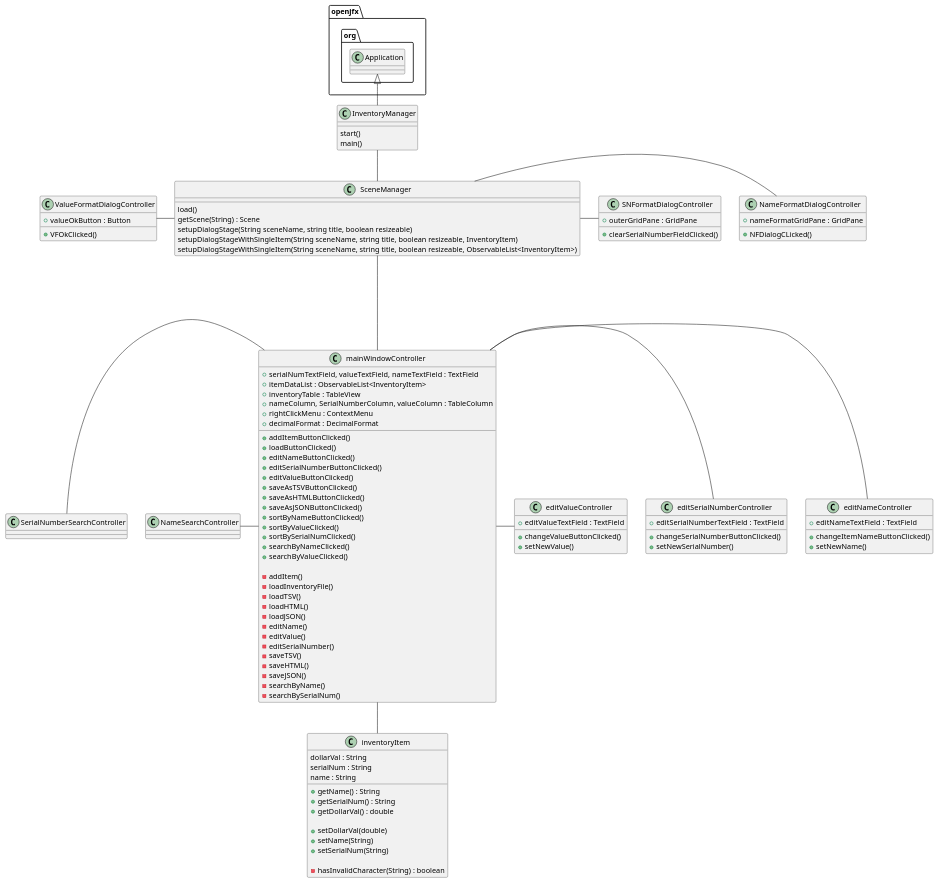
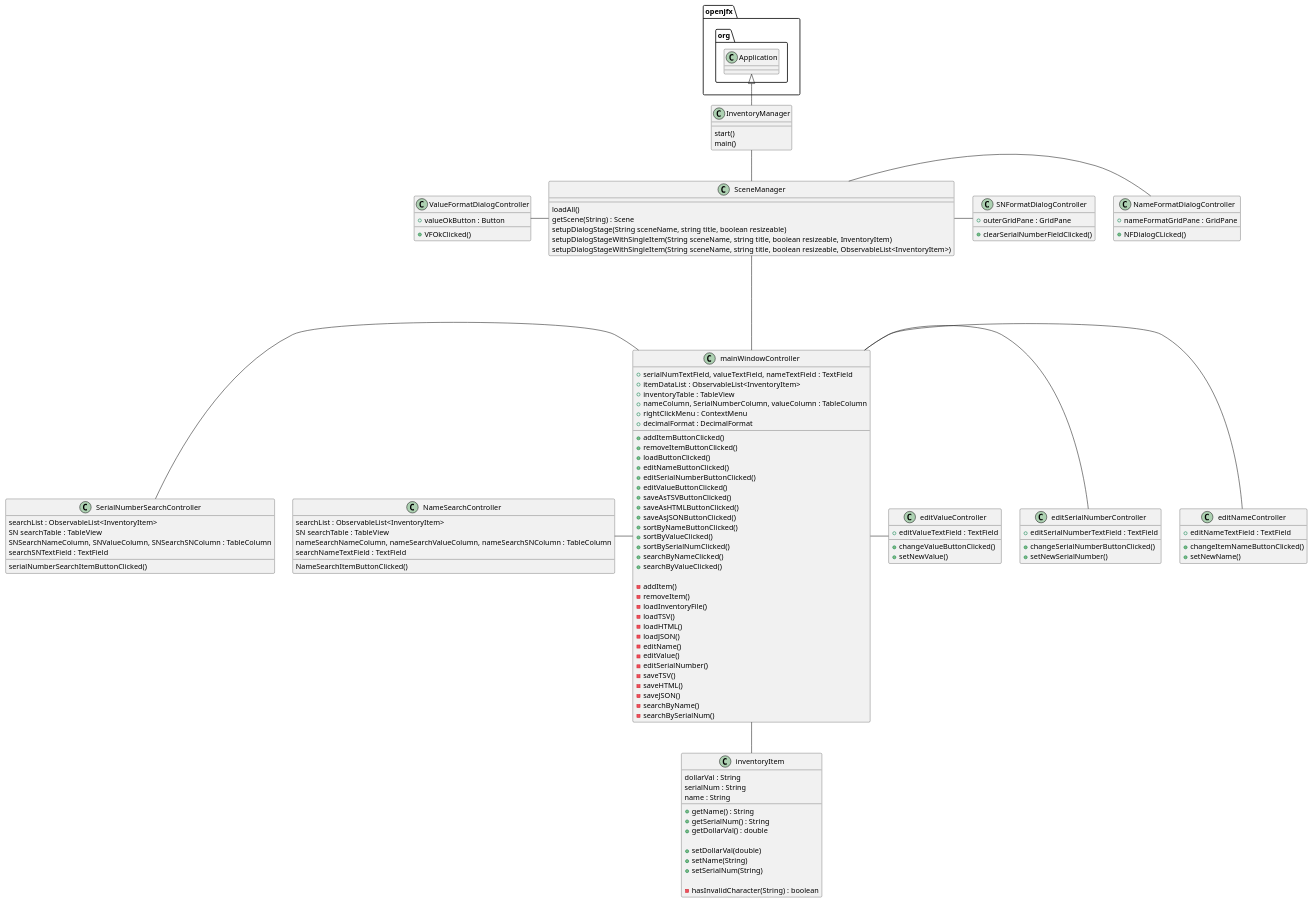
One commit to jasonsaini/Inventory-Manager changed the diagram in uml/inventoryManager.puml. Above: the diagram before and after it, drawn with PlantUML. The commit also changed 3 other files, not shown here.

Commit message:
Updated UML diagram to reflect design

```diff
--- a/uml/inventoryManager.puml
+++ b/uml/inventoryManager.puml
@@ -1,132 +1,156 @@
 @startuml
 class InventoryManager
 {
     start()
     main()
 }
 
 class mainWindowController
 {
     + serialNumTextField, valueTextField, nameTextField : TextField
     + itemDataList : ObservableList<InventoryItem>
     + inventoryTable : TableView
     + nameColumn, SerialNumberColumn, valueColumn : TableColumn
     + rightClickMenu : ContextMenu
     + decimalFormat : DecimalFormat
 
 
     + addItemButtonClicked()
+    + removeItemButtonClicked()
     + loadButtonClicked()
     + editNameButtonClicked()
     + editSerialNumberButtonClicked()
     + editValueButtonClicked()
     + saveAsTSVButtonClicked()
     + saveAsHTMLButtonClicked()
     + saveAsJSONButtonClicked()
     + sortByNameButtonClicked()
     + sortByValueClicked()
     + sortBySerialNumClicked()
     + searchByNameClicked()
     + searchByValueClicked()
 
     - addItem()
+    - removeItem()
     - loadInventoryFile()
     - loadTSV()
     - loadHTML()
     - loadJSON()
     - editName()
     - editValue()
     - editSerialNumber()
     - saveTSV()
     - saveHTML()
     - saveJSON()
     - searchByName()
     - searchBySerialNum()
 }
 
 class inventoryItem
 {
     dollarVal : String
     serialNum : String
     name : String
 
     + getName() : String
     + getSerialNum() : String
     + getDollarVal() : double
 
     + setDollarVal(double)
     + setName(String)
     + setSerialNum(String)
 
     - hasInvalidCharacter(String) : boolean
 }
 
 class SceneManager
 {
-    load()
+    loadAll()
     getScene(String) : Scene
     setupDialogStage(String sceneName, string title, boolean resizeable)
     setupDialogStageWithSingleItem(String sceneName, string title, boolean resizeable, InventoryItem)
     setupDialogStageWithSingleItem(String sceneName, string title, boolean resizeable, ObservableList<InventoryItem>)
 
 }
 
 class NameFormatDialogController
 {
     + nameFormatGridPane : GridPane
     + NFDialogCLicked()
 }
 
 class SNFormatDialogController
 {
    + outerGridPane : GridPane
    + clearSerialNumberFieldClicked()
 }
 
 class ValueFormatDialogController
 {
     + valueOkButton : Button
     + VFOkClicked()
 }
 
 class editNameController
 {
     + editNameTextField : TextField
     + changeItemNameButtonClicked()
     + setNewName()
 }
 
 class editSerialNumberController
 {
     + editSerialNumberTextField : TextField
     + changeSerialNumberButtonClicked()
     + setNewSerialNumber()
 }
 
 class editValueController
 {
     + editValueTextField : TextField
     + changeValueButtonClicked()
     + setNewValue()
 }
 
+class SerialNumberSearchController
+{
+    searchList : ObservableList<InventoryItem>
+    SN searchTable : TableView
+    SNSearchNameColumn, SNValueColumn, SNSearchSNColumn : TableColumn
+    searchSNTextField : TextField
+
+    serialNumberSearchItemButtonClicked()
+
+}
+
+class NameSearchController
+{
+    searchList : ObservableList<InventoryItem>
+    SN searchTable : TableView
+    nameSearchNameColumn, nameSearchValueColumn, nameSearchSNColumn : TableColumn
+    searchNameTextField : TextField
+
+    NameSearchItemButtonClicked()
+
+}
+
 
 openjfx.org.Application <|-- InventoryManager
 InventoryManager -- SceneManager
 SceneManager ---- mainWindowController
 
 SceneManager - NameFormatDialogController
 SceneManager - SNFormatDialogController
 ValueFormatDialogController - SceneManager
 
 
 mainWindowController - editNameController
 mainWindowController - editSerialNumberController
 mainWindowController - editValueController
 
 SerialNumberSearchController - mainWindowController
 NameSearchController - mainWindowController
 
 mainWindowController -- inventoryItem
 
 @enduml
```
